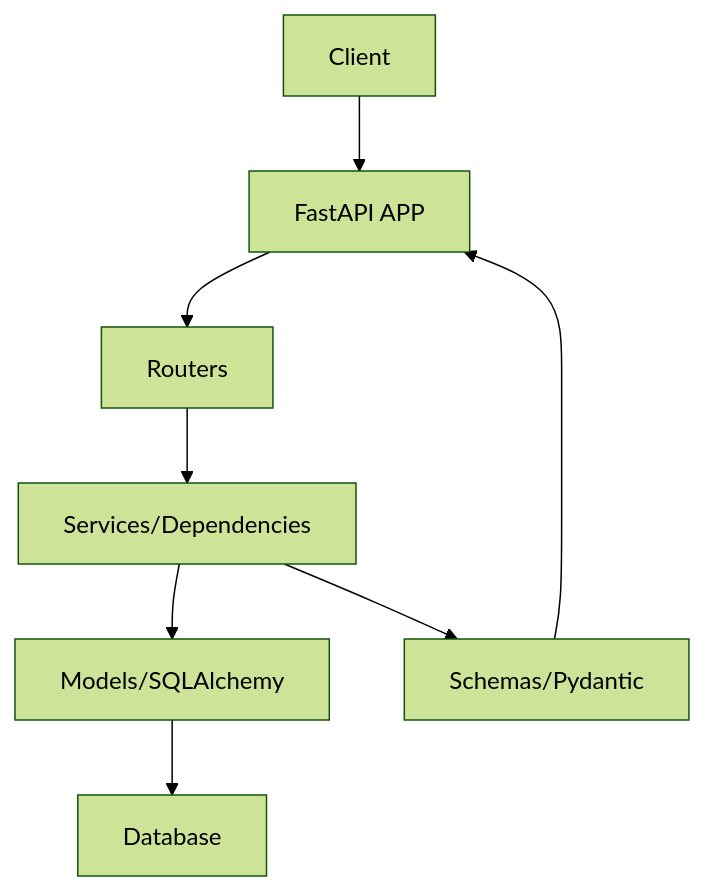
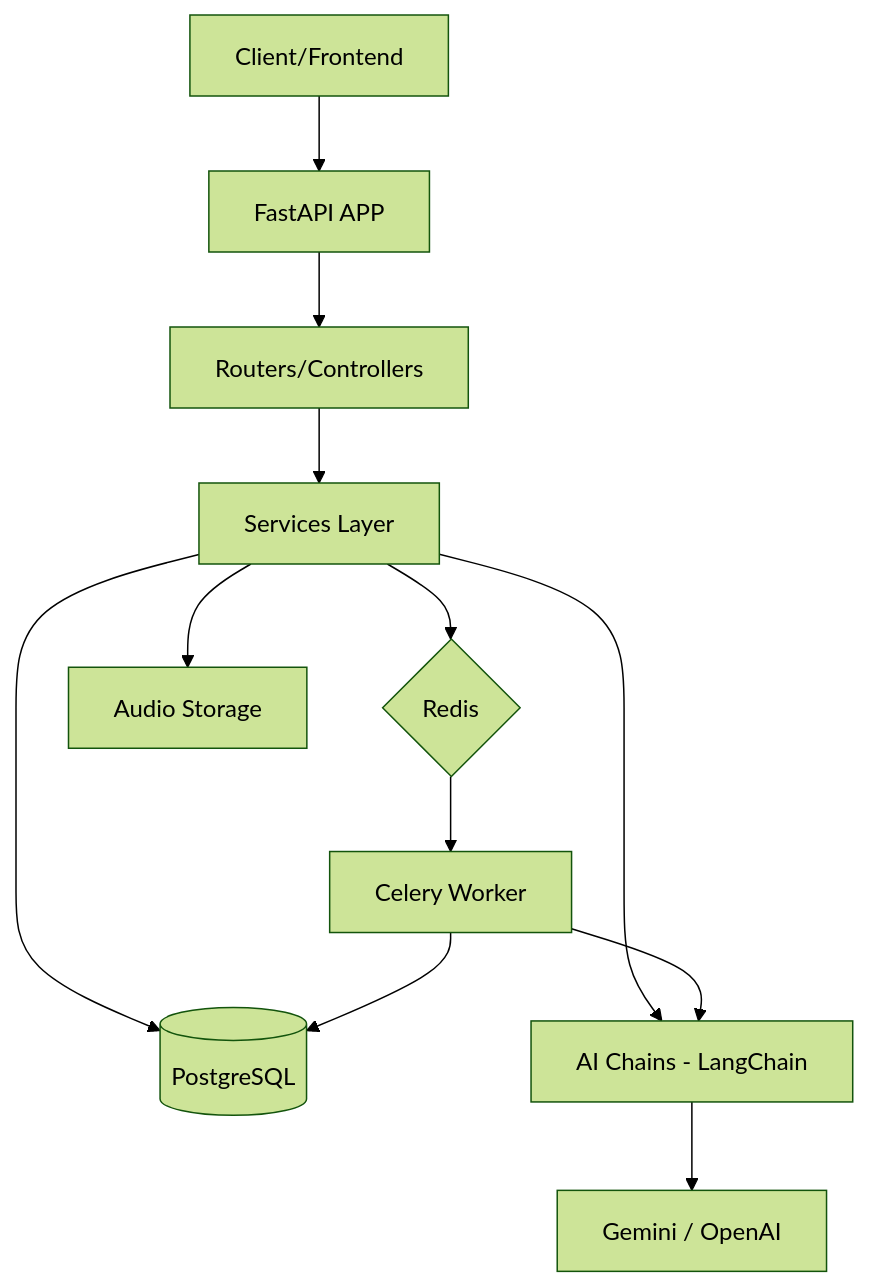
One commit to psifabiohenrique/practicare_fastapi changed the diagram in README.md. Above: the diagram before and after it, drawn with Mermaid (forest theme). The commit also changed other lines of this file and 1 other file, not shown here.

Commit message:
docs: update README with project architecture and new AI-driven features and fix docker-compose network configuration

````diff
--- a/README.md
+++ b/README.md
@@ -30,10 +26,14 @@
 ```mermaid
 graph TD
-    A[Client] --> B[FastAPI APP]
-    B --> C[Routers]
-    C --> D[Services/Dependencies]
-    D --> E[Models/SQLAlchemy]
-    E --> F[Database]
-    D --> G[Schemas/Pydantic]
-    G --> B
+    Client[Client/Frontend] --> API[FastAPI APP]
+    API --> Routers[Routers/Controllers]
+    Routers --> Services[Services Layer]
+    Services --> DB[(PostgreSQL)]
+    Services --> AI[AI Chains - LangChain]
+    Services --> Broker{Redis}
+    Broker --> Worker[Celery Worker]
+    Worker --> AI
+    Worker --> DB
+    AI --> LLM[Gemini / OpenAI]
+    Services --> Storage[Audio Storage]
 ```
````
